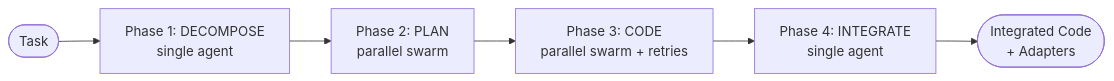
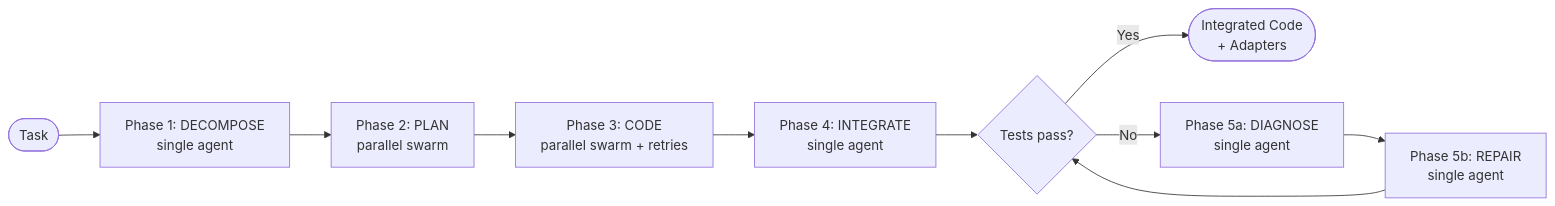
One commit to ElixirTrials/rune changed the diagram in README.md. Above: the diagram before and after it, drawn with Mermaid. The commit also changed other lines of this file and 18 other files, not shown here.

````diff
--- a/README.md
+++ b/README.md
@@ -65,8 +65,12 @@
 ```mermaid
 flowchart LR
     Task([Task]) --> P1[Phase 1: DECOMPOSE\nsingle agent]
     P1 --> P2[Phase 2: PLAN\nparallel swarm]
     P2 --> P3[Phase 3: CODE\nparallel swarm + retries]
     P3 --> P4[Phase 4: INTEGRATE\nsingle agent]
-    P4 --> Done([Integrated Code\n+ Adapters])
+    P4 --> P5{Tests pass?}
+    P5 -->|Yes| Done([Integrated Code\n+ Adapters])
+    P5 -->|No| P5a[Phase 5a: DIAGNOSE\nsingle agent]
+    P5a --> P5b[Phase 5b: REPAIR\nsingle agent]
+    P5b --> P5
 ```
````
